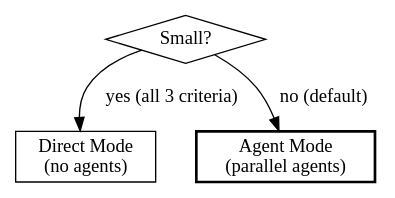
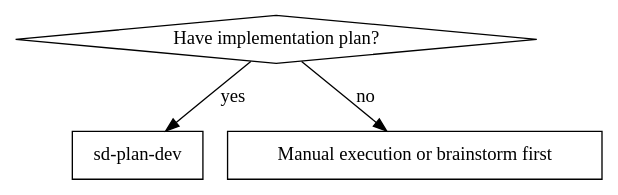
Before and after one commit to kslhunter/simplysm: the first of 2 diagrams in packages/sd-claude/claude/skills/sd-plan-dev/SKILL.md, drawn with Graphviz. The commit also changed other lines of this file and 3 other files, not shown here.

First line of the commit message:
feat(sd-claude): redesign sd-check and sd-plan-dev, add sd-discuss skill

````diff
--- a/packages/sd-claude/claude/skills/sd-plan-dev/SKILL.md
+++ b/packages/sd-claude/claude/skills/sd-plan-dev/SKILL.md
@@ -22,10 +15,10 @@
 ```dot
-digraph mode {
-    "Small?" [shape=diamond];
-    "Direct Mode\n(no agents)" [shape=box];
-    "Agent Mode\n(parallel agents)" [shape=box, style=bold];
+digraph when_to_use {
+    "Have implementation plan?" [shape=diamond];
+    "sd-plan-dev" [shape=box];
+    "Manual execution or brainstorm first" [shape=box];
 
-    "Small?" -> "Direct Mode\n(no agents)" [label="yes (all 3 criteria)"];
-    "Small?" -> "Agent Mode\n(parallel agents)" [label="no (default)"];
+    "Have implementation plan?" -> "sd-plan-dev" [label="yes"];
+    "Have implementation plan?" -> "Manual execution or brainstorm first" [label="no"];
 }
 ```
````
